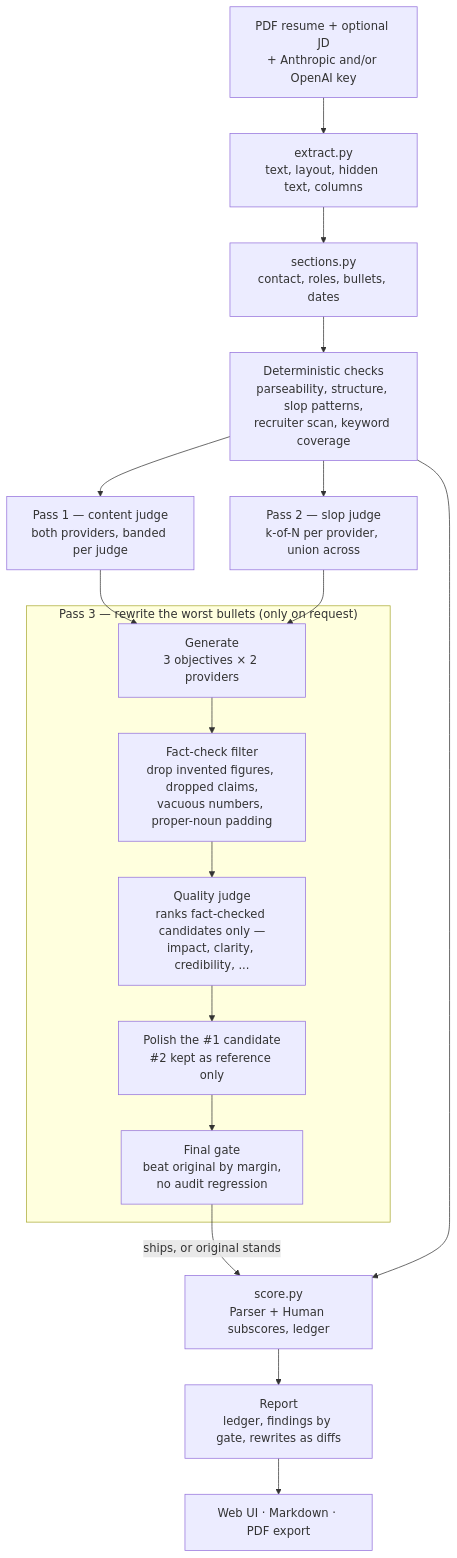
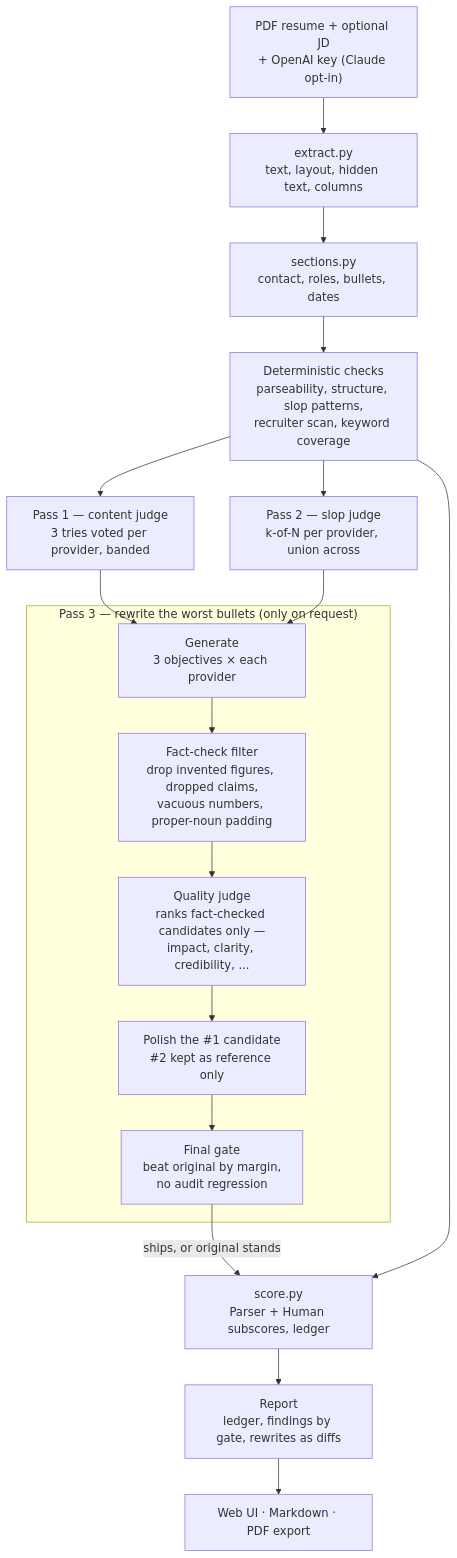
One commit to rrichardtang/ATS-parser changed the diagram in README.md. Above: the diagram before and after it, drawn with Mermaid. The commit also changed other lines of this file and 4 other files, not shown here.

````diff
--- a/README.md
+++ b/README.md
@@ -52,24 +52,24 @@
 ```mermaid
 flowchart TD
-    IN["PDF resume + optional JD<br/>+ Anthropic and/or OpenAI key"] --> EX["extract.py<br/>text, layout, hidden text, columns"]
+    IN["PDF resume + optional JD<br/>+ OpenAI key (Claude opt-in)"] --> EX["extract.py<br/>text, layout, hidden text, columns"]
     EX --> SEC["sections.py<br/>contact, roles, bullets, dates"]
     SEC --> DET["Deterministic checks<br/>parseability, structure, slop patterns,<br/>recruiter scan, keyword coverage"]
 
-    DET --> P1["Pass 1 — content judge<br/>both providers, banded per judge"]
+    DET --> P1["Pass 1 — content judge<br/>3 tries voted per provider, banded"]
     DET --> P2["Pass 2 — slop judge<br/>k-of-N per provider, union across"]
 
     P1 --> GEN
     P2 --> GEN
 
     subgraph P3["Pass 3 — rewrite the worst bullets (only on request)"]
-        GEN["Generate<br/>3 objectives × 2 providers"] --> CLEAN["Fact-check filter<br/>drop invented figures, dropped claims,<br/>vacuous numbers, proper-noun padding"]
+        GEN["Generate<br/>3 objectives × each provider"] --> CLEAN["Fact-check filter<br/>drop invented figures, dropped claims,<br/>vacuous numbers, proper-noun padding"]
         CLEAN --> JUDGE["Quality judge<br/>ranks fact-checked candidates only —<br/>impact, clarity, credibility, ..."]
         JUDGE --> POLISH["Polish the #1 candidate<br/>#2 kept as reference only"]
         POLISH --> GATE["Final gate<br/>beat original by margin,<br/>no audit regression"]
     end
 
     GATE -- "ships, or original stands" --> SCORE
     DET --> SCORE["score.py<br/>Parser + Human subscores, ledger"]
     SCORE --> REPORT["Report<br/>ledger, findings by gate, rewrites as diffs"]
     REPORT --> OUT["Web UI · Markdown · PDF export"]
 ```
````
